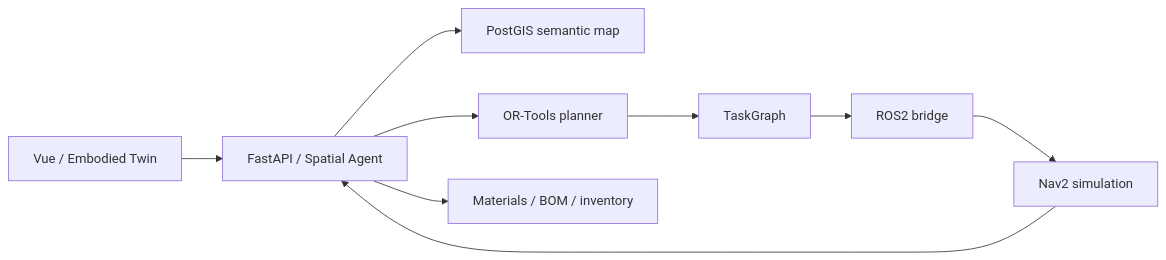
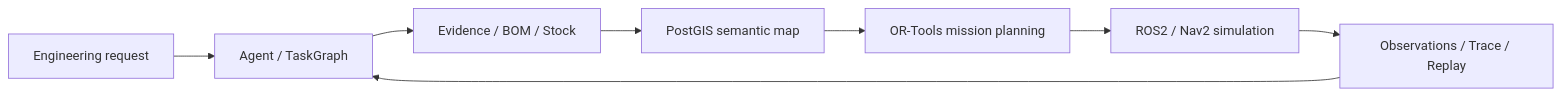
One commit to Yvniverse/MaterialBrain-public changed the diagram in README.md. Above: the diagram before and after it, drawn with Mermaid. The commit also changed other lines of this file and 13 other files, not shown here.

````diff
--- a/README.md
+++ b/README.md
@@ -25,11 +32,10 @@
 ```mermaid
 flowchart LR
-  Browser[Vue / Embodied Twin] --> API[FastAPI / Spatial Agent]
-  API --> Map[PostGIS semantic map]
-  API --> Planner[OR-Tools planner]
-  Planner --> Graph[TaskGraph]
-  Graph --> Bridge[ROS2 bridge]
-  Bridge --> Nav2[Nav2 simulation]
-  Nav2 --> API
-  API --> Business[Materials / BOM / inventory]
+  Need[Engineering request] --> Agent[Agent / TaskGraph]
+  Agent --> BOM[Evidence / BOM / Stock]
+  BOM --> Geo[PostGIS semantic map]
+  Geo --> Plan[OR-Tools mission planning]
+  Plan --> Nav[ROS2 / Nav2 simulation]
+  Nav --> Replay[Observations / Trace / Replay]
+  Replay --> Agent
 ```
````
